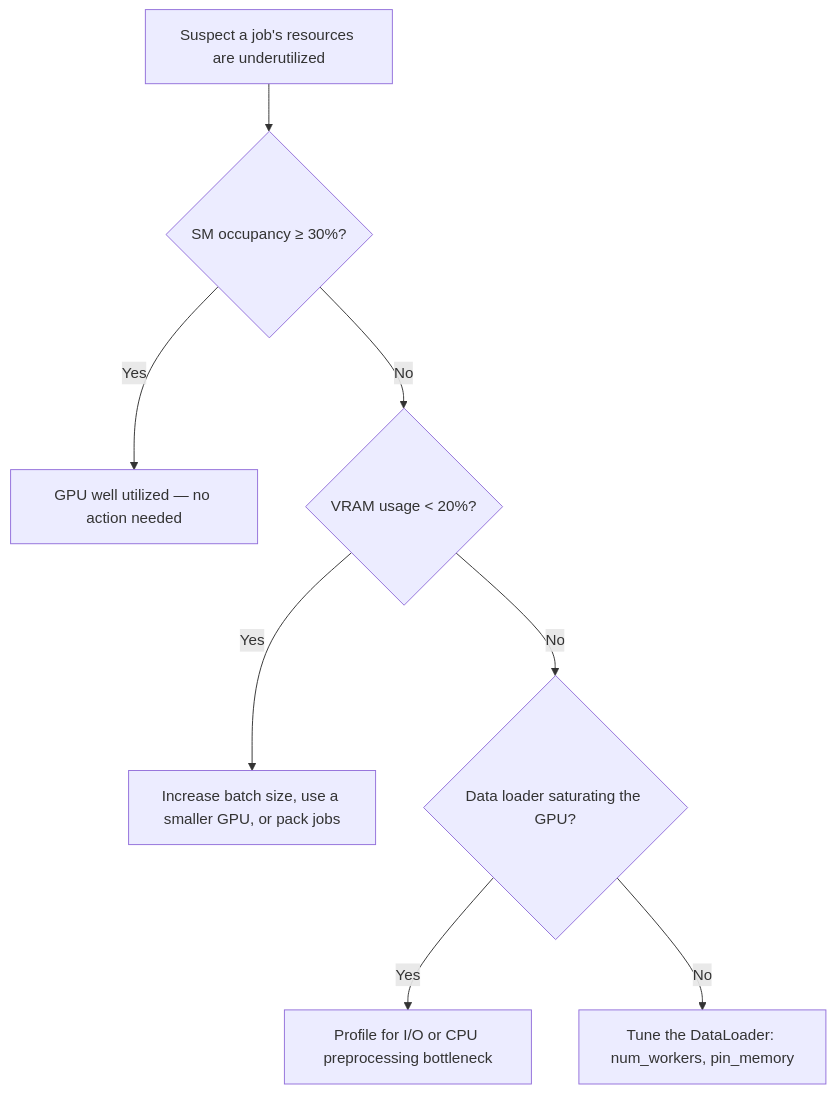
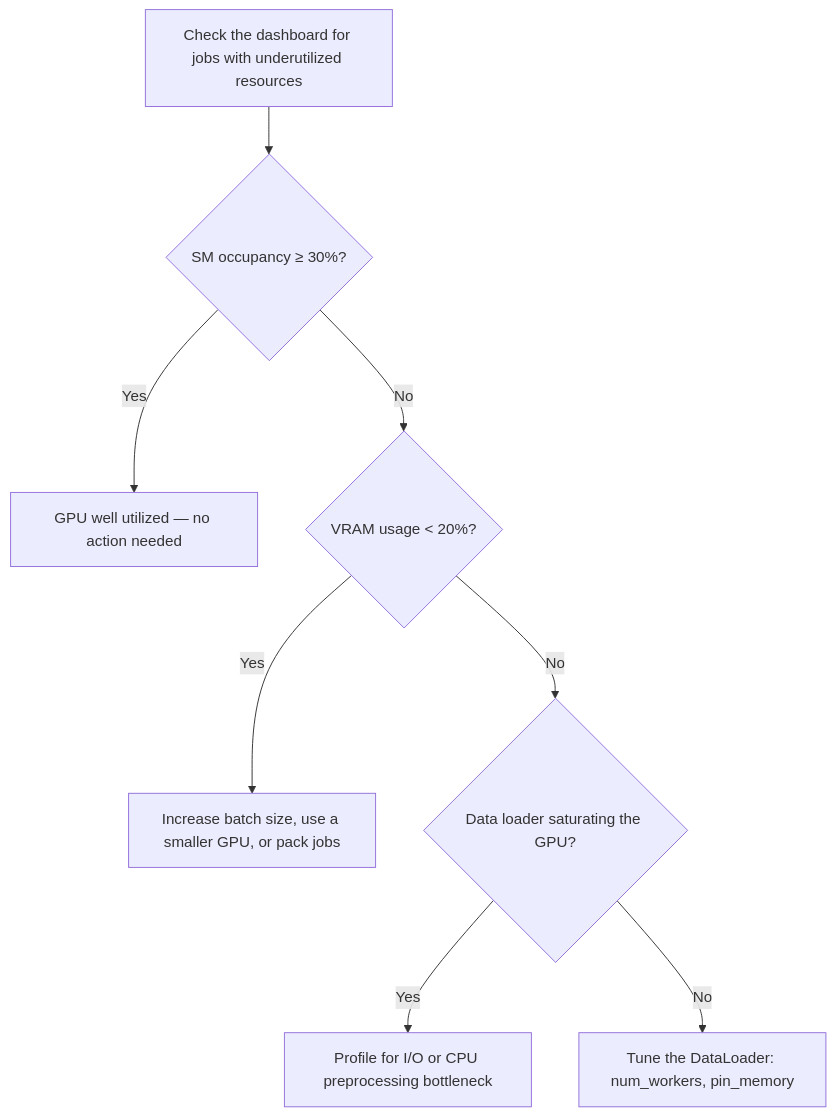
The diagram in docs/userguides/compute_utilization_guidelines/profiling.md (mila-iqia/mila-docs), drawn with Mermaid before and after one commit. The commit also changed other lines of this file and 3 other files, not shown here.

````diff
--- a/docs/userguides/compute_utilization_guidelines/profiling.md
+++ b/docs/userguides/compute_utilization_guidelines/profiling.md
@@ -80,10 +86,12 @@
 ```mermaid
 flowchart TD
-    A[Suspect a job's resources are underutilized] --> B{SM occupancy ≥ 30%?}
+    A[Check the dashboard for jobs with underutilized resources] --> B{SM occupancy ≥ 30%?}
     B -->|Yes| C[GPU well utilized — no action needed]
     B -->|No| D{VRAM usage < 20%?}
     D -->|Yes| E[Increase batch size, use a smaller GPU, or pack jobs]
     D -->|No| F{Data loader saturating the GPU?}
     F -->|Yes| G[Profile for I/O or CPU preprocessing bottleneck]
     F -->|No| H[Tune the DataLoader: num_workers, pin_memory]
+
+    click A "../dashboard"
 ```
````
